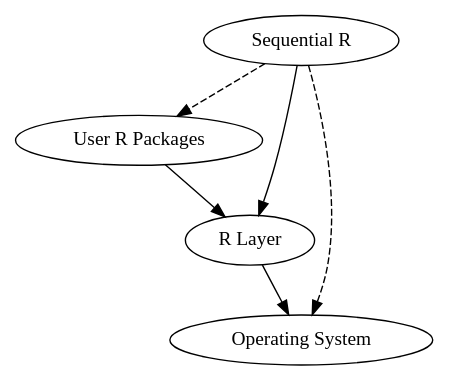
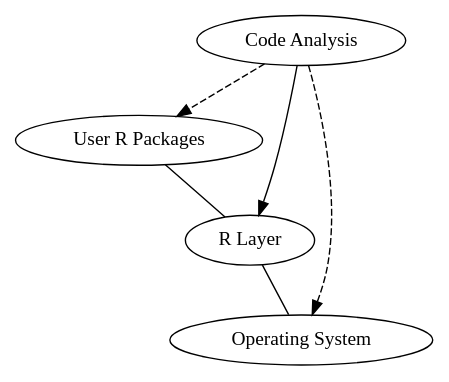
Before and after one commit to clarkfitzg/phd_research: the diagram in proposal/layers.dot, drawn with Graphviz. The commit also changed 5 other files, not shown here.

```diff
--- a/proposal/layers.dot
+++ b/proposal/layers.dot
@@ -1,18 +1,18 @@
 digraph {
     //rankdir=LR;
     //size="8,5"
-    //node [shape = square]; 6;
+    //node [shape = square]; 0;
     //node [shape = none];
 
-    0 [label="Sequential R"];
+    0 [label="Code Analysis"];
     1 [label="User R Packages"];
     2 [label="R Layer"];
     3 [label="Operating System"];
 
     0 -> 2;
     0 -> 1 [style="dashed"];
     0 -> 3 [style="dashed"];
 
-    1 -> 2;
-    2 -> 3;
+    1 -> 2 [dir=none];
+    2 -> 3 [dir=none];
 }
```
